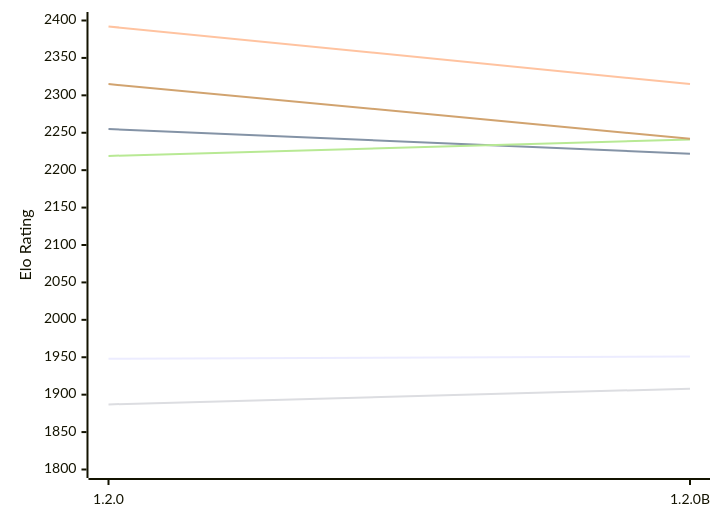
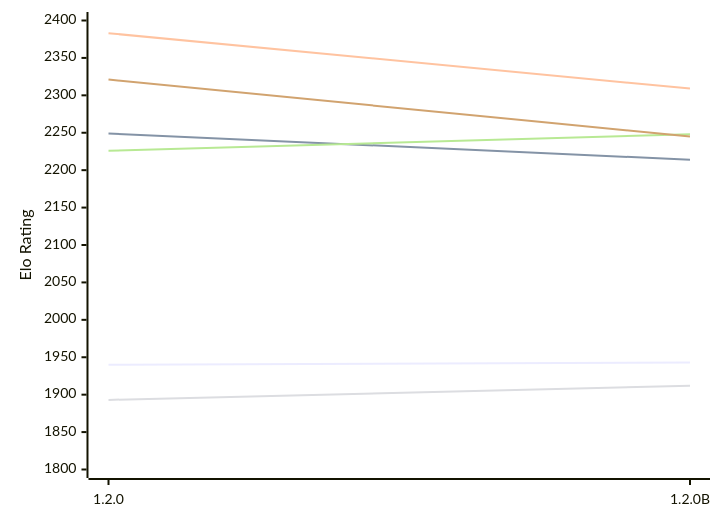
One commit to computer-chess-index/cci changed the first of 2 diagrams in engines/Soomi.md. Above: the diagram before and after it, drawn with Mermaid. The commit also changed other lines of this file, not shown here.

Commit message:
Update CCI Ratings (ELO VLTC) - 2026-11-18

````diff
--- a/engines/Soomi.md
+++ b/engines/Soomi.md
@@ -53,12 +53,12 @@
 ```mermaid
 %%{init: {"theme":"base","themeVariables":{"seriesColors:['#a3a3a3','#222221','#faa371']}}}%%
 xychart-beta
   x-axis ["1.2.0", "1.2.0B"]
   y-axis "Elo Rating" 1800 --> 2400
-  line "E1: STC (8.0+0.08s)" [1948, 1951]
-  line "E1: LTC (60.0+0.60s)" [2255, 2222]
-  line "E1: VLTC (2m24s+1.12s)" [2392, 2315]
-  line "P1: STC (8.0+0.08s)" [1887, 1908]
-  line "P1: LTC (60.0+0.60s)" [2219, 2241]
-  line "P1: VLTC (2m24s+1.12s)" [2315, 2242]
+  line "E1: STC (8.0+0.08s)" [1940, 1943]
+  line "E1: LTC (60.0+0.60s)" [2249, 2214]
+  line "E1: VLTC (2m24s+1.12s)" [2383, 2309]
+  line "P1: STC (8.0+0.08s)" [1893, 1912]
+  line "P1: LTC (60.0+0.60s)" [2226, 2248]
+  line "P1: VLTC (2m24s+1.12s)" [2321, 2245]
 ```
````
